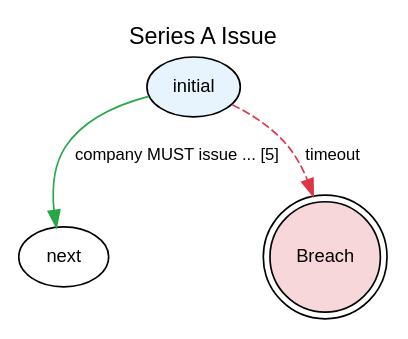
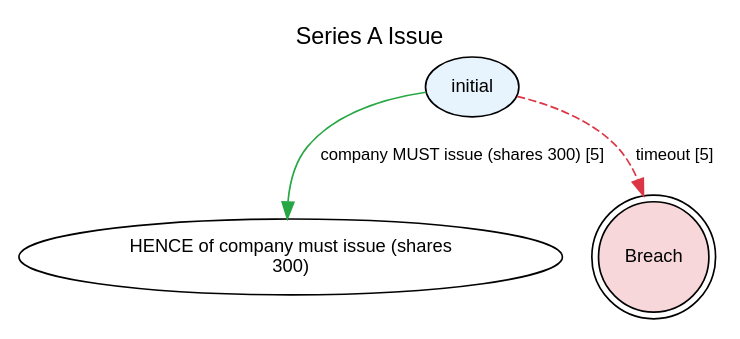
One commit to legalese/l4-ide changed the diagram in jl4/examples/state-graphs/SeriesAIssue.dot. Above: the diagram before and after it, drawn with Graphviz. The commit also changed 93 other files, not shown here.

```diff
--- a/jl4/examples/state-graphs/SeriesAIssue.dot
+++ b/jl4/examples/state-graphs/SeriesAIssue.dot
@@ -1,32 +1,32 @@
 digraph {
     graph [rankdir=TB
           ,label="Series A Issue"
           ,labelloc=t
           ,fontname=Helvetica
           ,fontsize=14];
     node [fontname=Helvetica
          ,fontsize=11];
     edge [fontname=Helvetica
          ,fontsize=10];
     0 [label=initial
       ,fillcolor=white
       ,style=filled
       ,shape=ellipse
       ,fillcolor="#e8f4fd"];
-    1 [label=next
+    1 [label="HENCE of company must issue (shares\n300)"
       ,fillcolor=white
       ,style=filled
       ,shape=ellipse
       ,fillcolor="#ffffff"];
     2 [label=Breach
       ,fillcolor=white
       ,style=filled
       ,shape=doublecircle
       ,fillcolor="#f8d7da"];
-    0 -> 1 [label="company MUST issue ... [5]"
+    0 -> 1 [label="company MUST issue (shares 300) [5]"
            ,color="#28a745"
            ,style=solid];
-    0 -> 2 [label=timeout
+    0 -> 2 [label="timeout [5]"
            ,color="#dc3545"
            ,style=dashed];
 }
```
